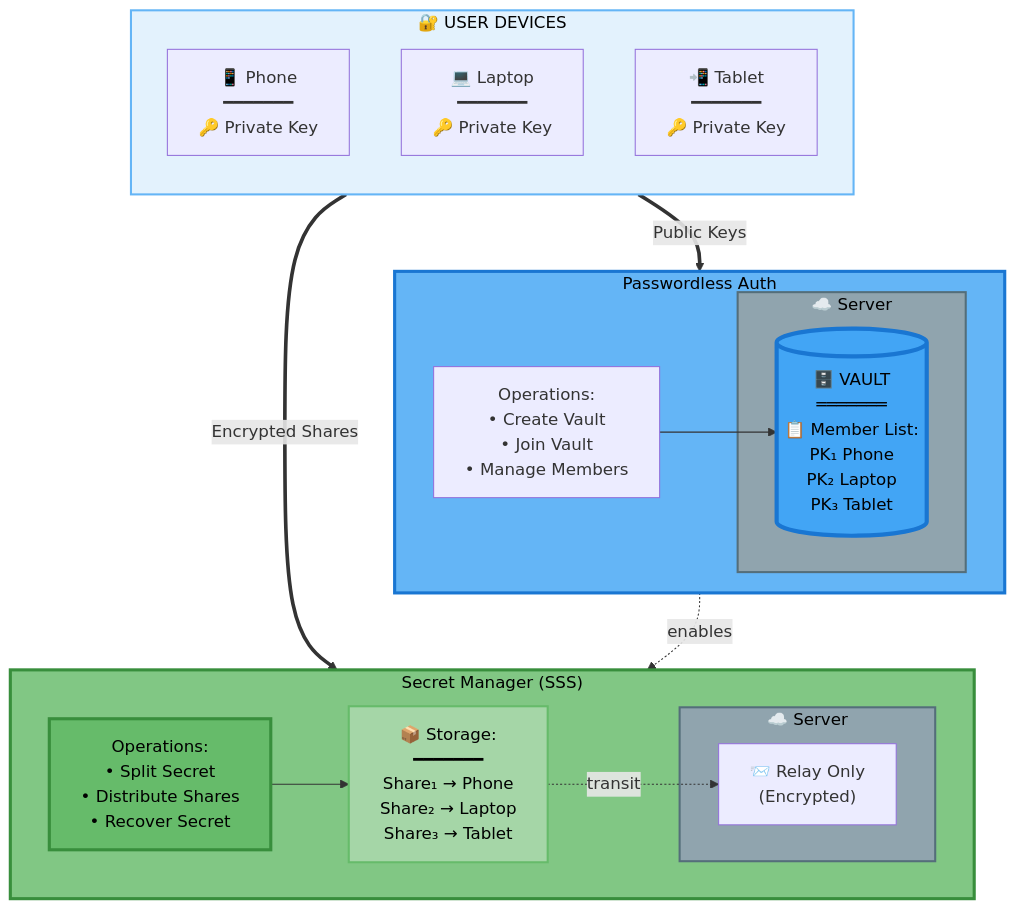
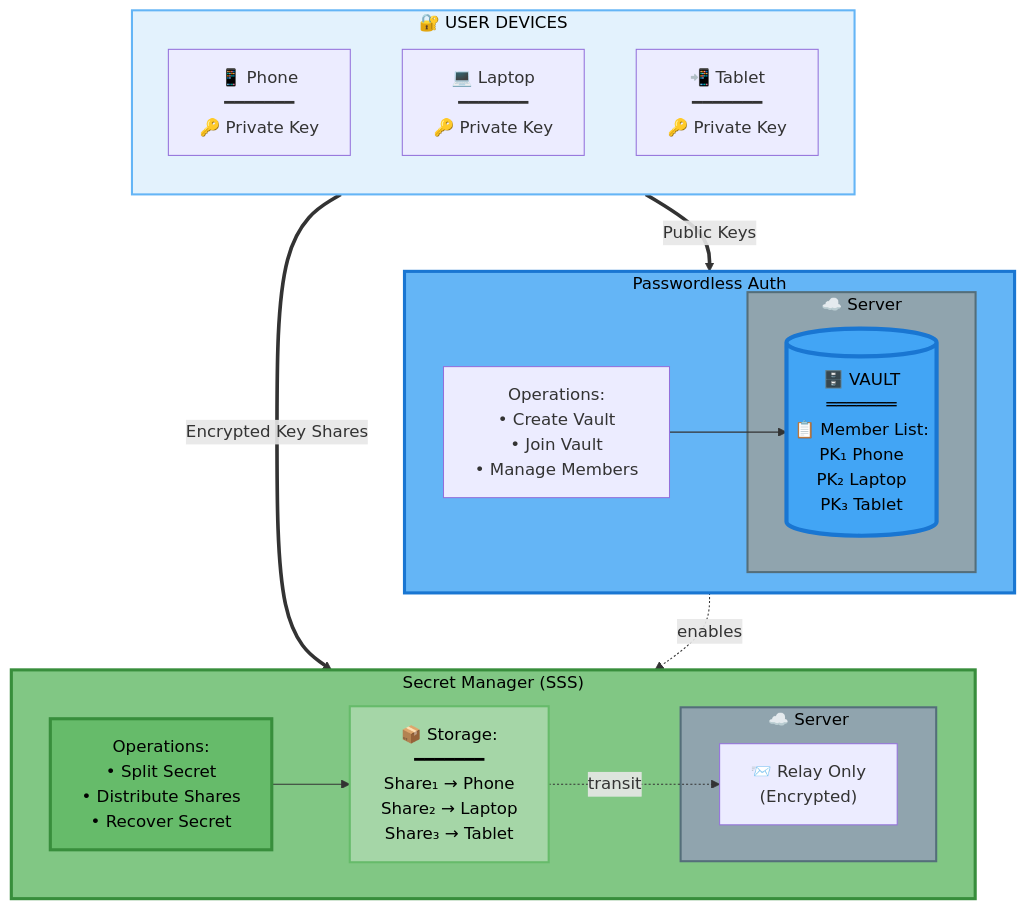
The second of 14 diagrams in docs/meta-secret-technical-presentation.md (meta-secret/meta-secret-core), drawn with Mermaid before and after one commit. The commit also changed other lines of this file and 12 other files, not shown here.

````diff
--- a/docs/meta-secret-technical-presentation.md
+++ b/docs/meta-secret-technical-presentation.md
@@ -179,50 +179,50 @@
 ```mermaid
 flowchart TB
     subgraph LAYER1["🔐 USER DEVICES"]
         direction TB
         D1["📱 Phone<br/>━━━━━━━<br/>🔑 Private Key"]
         D2["💻 Laptop<br/>━━━━━━━<br/>🔑 Private Key"]
         D3["📲 Tablet<br/>━━━━━━━<br/>🔑 Private Key"]
     end
     
     subgraph LAYER2["Passwordless Auth"]
         direction LR
         
         ACTIONS1["Operations:<br/>• Create Vault<br/>• Join Vault<br/>• Manage Members"]
         
         subgraph SRV1["☁️ Server"]
             VAULT[("🗄️ VAULT<br/>═══════<br/>📋 Member List:<br/>PK₁ Phone<br/>PK₂ Laptop<br/>PK₃ Tablet")]
         end
         
         ACTIONS1 --> VAULT
     end
     
     subgraph LAYER3["Secret Manager (SSS)"]
         direction LR
         
         SPLIT["Operations:<br/>• Split Secret<br/>• Distribute Shares<br/>• Recover Secret"]
         
         SHARES["📦 Storage:<br/>━━━━━━━<br/>Share₁ → Phone<br/>Share₂ → Laptop<br/>Share₃ → Tablet"]
         
         subgraph SRV2["☁️ Server"]
             RELAY["📨 Relay Only<br/>(Encrypted)"]
         end
         
         SPLIT --> SHARES
         SHARES -.->|transit| RELAY
     end
     
     LAYER1 ==>|Public Keys| LAYER2
-    LAYER1 ==>|Encrypted Shares| LAYER3
+    LAYER1 ==>|Encrypted Key Shares| LAYER3
     
     LAYER2 -.->|enables| LAYER3
     
     style VAULT fill:#42a5f5,color:#000,stroke:#1976d2,stroke-width:4px
     style SPLIT fill:#66bb6a,color:#000,stroke:#388e3c,stroke-width:3px
     style LAYER1 fill:#e3f2fd,stroke:#64b5f6,stroke-width:2px,color:#000
     style LAYER2 fill:#64b5f6,color:#000,stroke:#1976d2,stroke-width:3px
     style LAYER3 fill:#81c784,color:#000,stroke:#388e3c,stroke-width:3px
     style SRV1 fill:#90a4ae,color:#000,stroke:#546e7a,stroke-width:2px
     style SRV2 fill:#90a4ae,color:#000,stroke:#546e7a,stroke-width:2px
     style SHARES fill:#a5d6a7,color:#000,stroke:#66bb6a,stroke-width:2px
 ```
````
